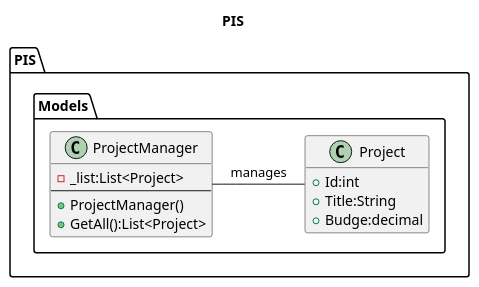
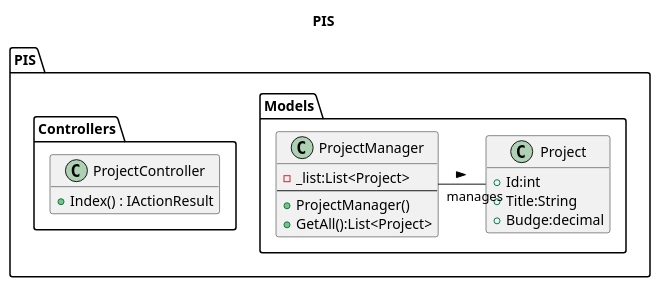
One commit to zcomert/project-information-system changed the diagram in UMLs/App.wsd. Above: the diagram before and after it, drawn with PlantUML. The commit also changed 2 other files, not shown here.

Commit message:
ProjectManager has been defined.

```diff
--- a/UMLs/App.wsd
+++ b/UMLs/App.wsd
@@ -1,23 +1,31 @@
 @startuml
 title PIS
 
 package PIS.Models
 {
     class Project{
         +Id:int
         +Title:String
         +Budge:decimal
     }
 
     class ProjectManager
     {
         -_list:List<Project>
         --
         +ProjectManager()
         +GetAll():List<Project>
     }
 }
 
-ProjectManager - Project : "manages" 
+package PIS.Controllers
+{
+    class ProjectController
+    {
+        + Index() : IActionResult
+    }
+}
+
+ProjectManager - Project :  > "manages" 
 hide empty members
 @enduml
```
